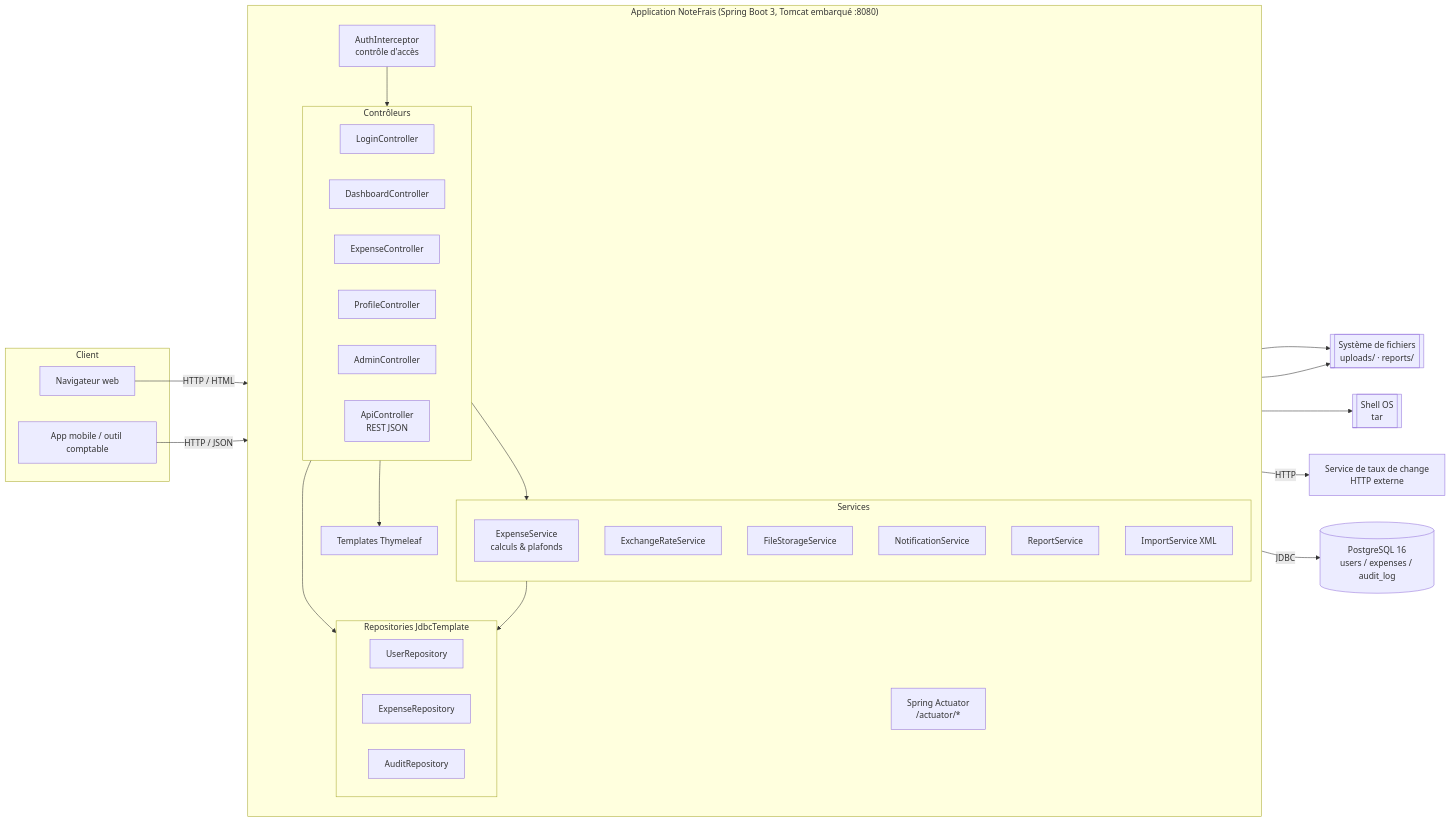
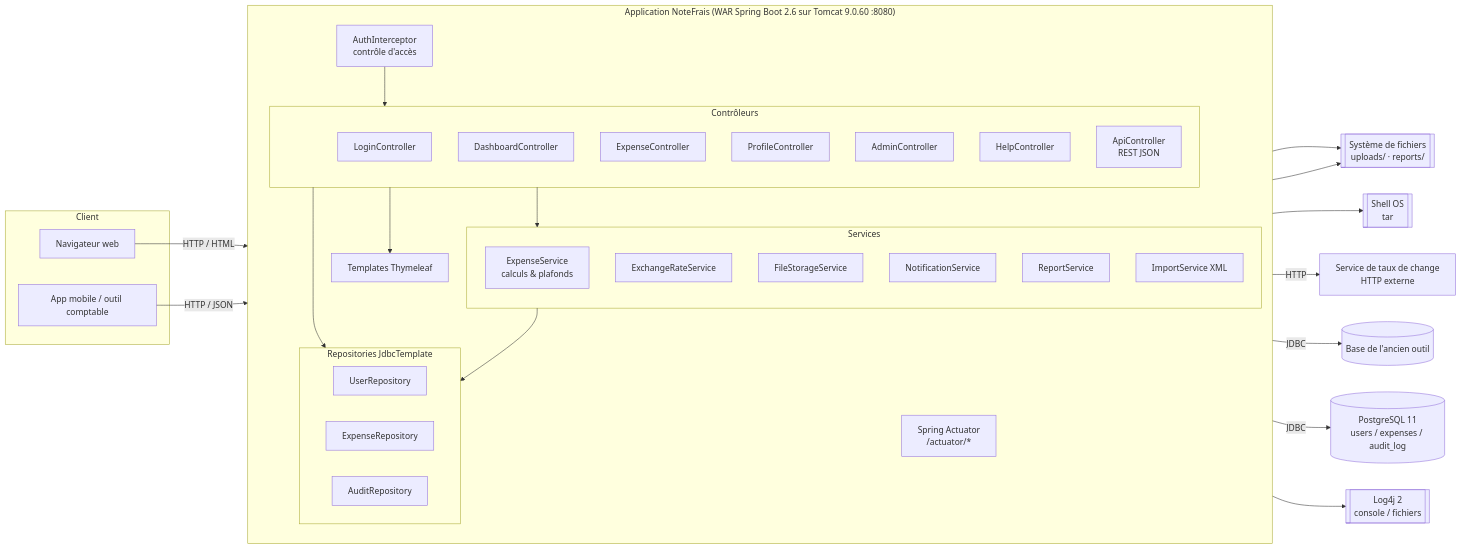
The first of 9 diagrams in notefrais-vulnerable/docs/ARCHITECTURE.md (cvernet/ClaudeCodeMobile), drawn with Mermaid before and after one commit. The commit also changed other lines of this file and 20 other files, not shown here.

````diff
--- a/notefrais-vulnerable/docs/ARCHITECTURE.md
+++ b/notefrais-vulnerable/docs/ARCHITECTURE.md
@@ -11,53 +25,58 @@
 ```mermaid
 flowchart LR
     subgraph Client
         B[Navigateur web]
         M[App mobile / outil comptable]
     end
 
-    subgraph APP["Application NoteFrais (Spring Boot 3, Tomcat embarqué :8080)"]
+    subgraph APP["Application NoteFrais (WAR Spring Boot 2.6 sur Tomcat 9.0.60 :8080)"]
         direction TB
         I[AuthInterceptor<br/>contrôle d'accès]
         subgraph C[Contrôleurs]
             LC[LoginController]
             DC[DashboardController]
             EC[ExpenseController]
             PC[ProfileController]
             AC[AdminController]
+            HC[HelpController]
             API[ApiController<br/>REST JSON]
         end
         subgraph S[Services]
             ES[ExpenseService<br/>calculs & plafonds]
             XR[ExchangeRateService]
             FS[FileStorageService]
             NS[NotificationService]
             RS[ReportService]
             IS[ImportService XML]
         end
         subgraph R[Repositories JdbcTemplate]
             UR[UserRepository]
             ER[ExpenseRepository]
             AR[AuditRepository]
         end
         T[Templates Thymeleaf]
         ACT[Spring Actuator<br/>/actuator/*]
     end
 
-    DB[(PostgreSQL 16<br/>users / expenses / audit_log)]
+    DB[(PostgreSQL 11<br/>users / expenses / audit_log)]
+    LEG[(Base de l'ancien outil)]
+    LOG[[Log4j 2<br/>console / fichiers]]
     FSYS[[Système de fichiers<br/>uploads/ · reports/]]
     RATE[Service de taux de change<br/>HTTP externe]
     SH[[Shell OS<br/>tar]]
 
     B -- HTTP / HTML --> I
     M -- HTTP / JSON --> I
     I --> C
     C --> S
     C --> R
     C --> T
     S --> R
     R -- JDBC --> DB
     FS --> FSYS
     RS --> FSYS
     RS --> SH
     XR -- HTTP --> RATE
+    AC -- JDBC --> LEG
+    C --> LOG
 ```
````
